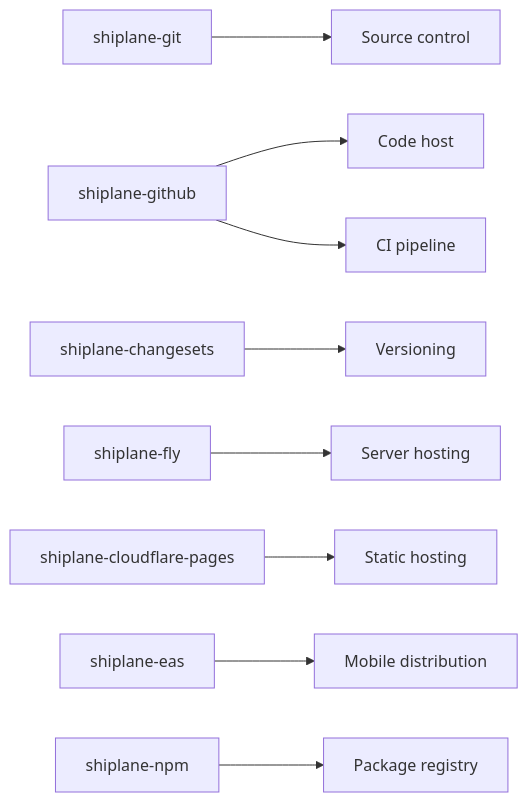
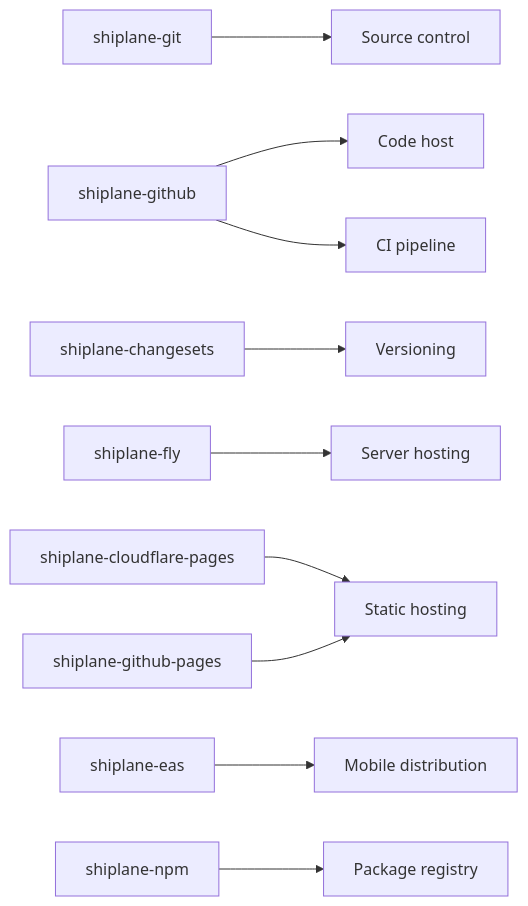
The diagram in docs/shiplane/plugins.md (arnaud-zg/js-packages), drawn with Mermaid before and after one commit. The commit also changed other lines of this file and 34 other files, not shown here.

First line of the commit message:
feat(shiplane): github pages plugin (#161)

````diff
--- a/docs/shiplane/plugins.md
+++ b/docs/shiplane/plugins.md
@@ -11,11 +11,12 @@
 ```mermaid
 flowchart LR
     GIT["shiplane-git"] --> SC["Source control"]
     GH["shiplane-github"] --> CH["Code host"]
     GH --> CI["CI pipeline"]
     CS["shiplane-changesets"] --> VE["Versioning"]
     FLY["shiplane-fly"] --> SH["Server hosting"]
     CF["shiplane-cloudflare-pages"] --> ST["Static hosting"]
+    GHP["shiplane-github-pages"] --> ST
     EAS["shiplane-eas"] --> MD["Mobile distribution"]
     NPM["shiplane-npm"] --> PR["Package registry"]
 ```
````
